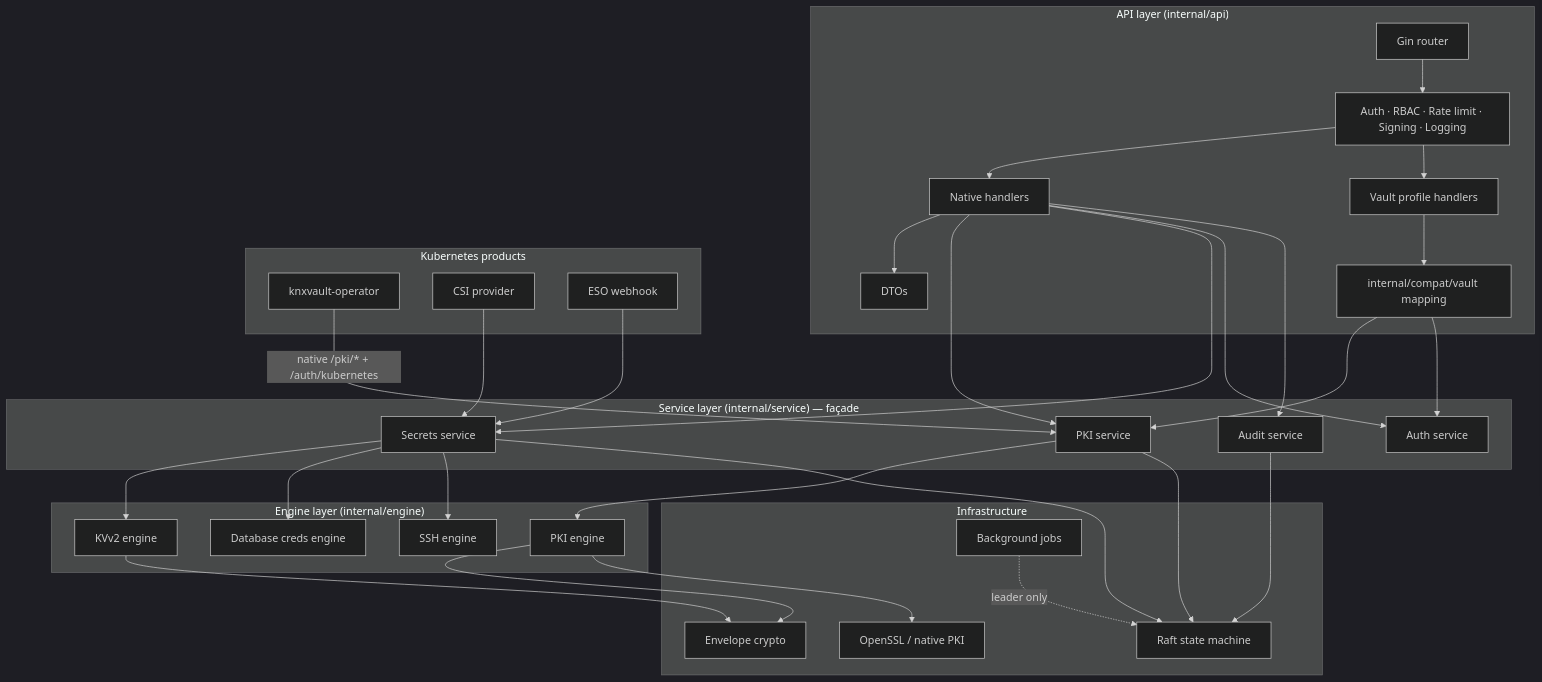
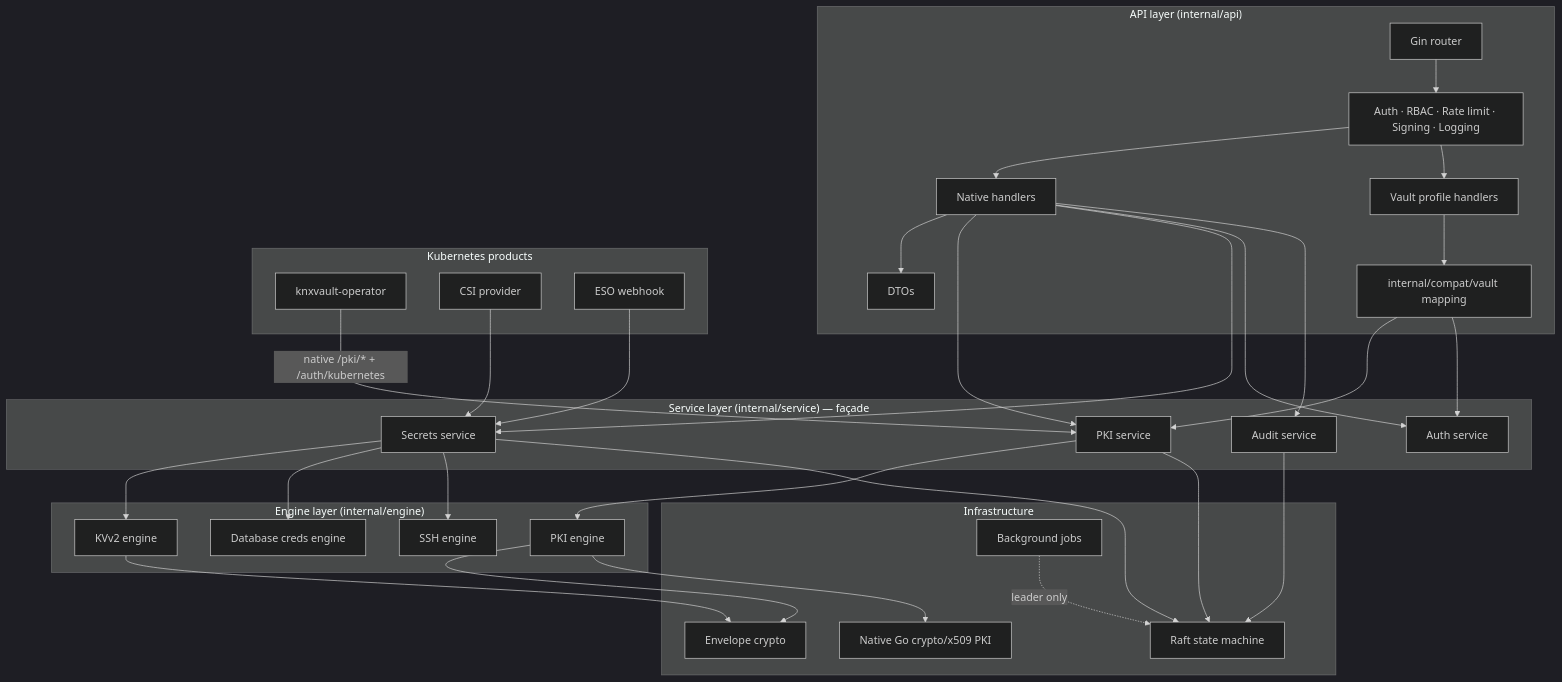
The first of 8 diagrams in docs/architecture/diagrams.md (kubenexis/knxvault), drawn with Mermaid (dark theme) before and after one commit. The commit also changed other lines of this file and 66 other files, not shown here.

First line of the commit message:
feat: distroless debian13 only; remove OpenSSL CLI PKI backend

````diff
--- a/docs/architecture/diagrams.md
+++ b/docs/architecture/diagrams.md
@@ -7,52 +7,52 @@
 ```mermaid
 graph TD
     subgraph API["API layer (internal/api)"]
         Router[Gin router]
         Handlers[Native handlers]
         VaultH[Vault profile handlers]
         Middleware[Auth · RBAC · Rate limit · Signing · Logging]
         DTO[DTOs]
         Compat[internal/compat/vault mapping]
     end
 
     subgraph Service["Service layer (internal/service) — façade"]
         PKISvc[PKI service]
         SecSvc[Secrets service]
         AuthSvc[Auth service]
         AuditSvc[Audit service]
     end
 
     subgraph Engine["Engine layer (internal/engine)"]
         PKIEng[PKI engine]
         KVEng[KVv2 engine]
         DBEng[Database creds engine]
         SSHEng[SSH engine]
     end
 
     subgraph K8sProduct["Kubernetes products"]
         Operator[knxvault-operator]
         CSI[CSI provider]
         ESO[ESO webhook]
     end
 
     subgraph Infra["Infrastructure"]
         Crypto[Envelope crypto]
-        OpenSSL[OpenSSL / native PKI]
+        NativePKI[Native Go crypto/x509 PKI]
         RaftSM[Raft state machine]
         Jobs[Background jobs]
     end
 
     Router --> Middleware --> Handlers & VaultH
     Handlers --> DTO
     VaultH --> Compat --> PKISvc & AuthSvc
     Handlers --> PKISvc & SecSvc & AuthSvc & AuditSvc
     Operator -->|native /pki/* + /auth/kubernetes| PKISvc
     CSI --> SecSvc
     ESO --> SecSvc
     PKISvc --> PKIEng
     SecSvc --> KVEng & DBEng & SSHEng
     PKIEng & KVEng --> Crypto
-    PKIEng --> OpenSSL
+    PKIEng --> NativePKI
     PKISvc & SecSvc & AuditSvc --> RaftSM
     Jobs -.->|leader only| RaftSM
 ```
````
